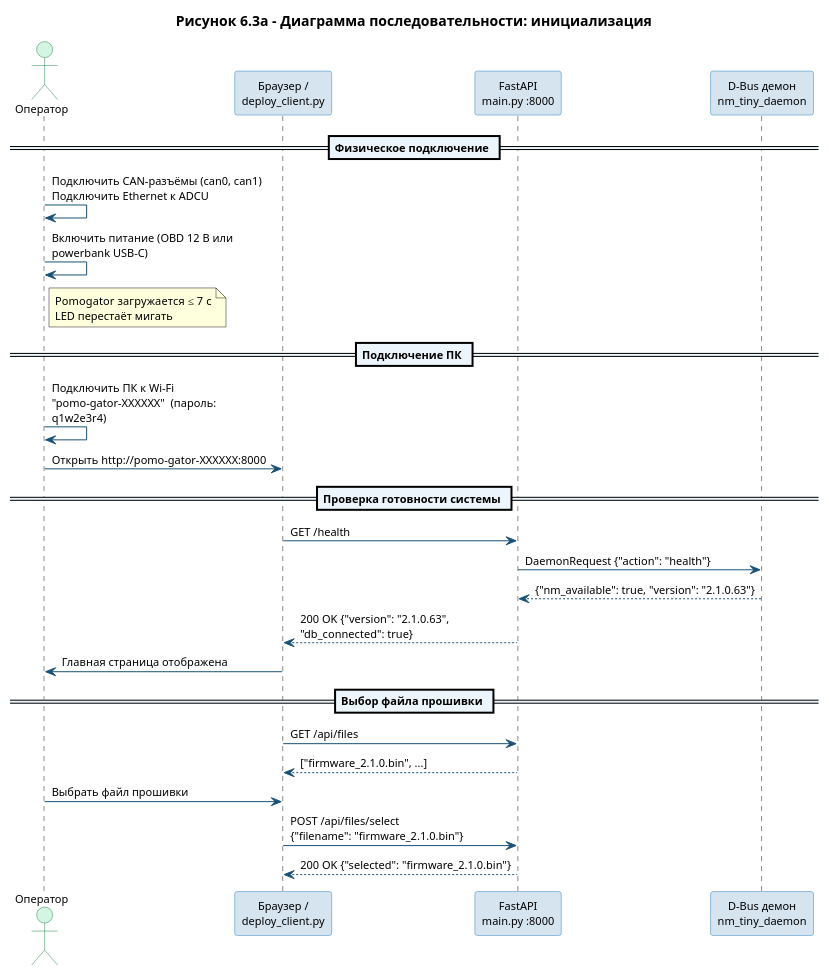
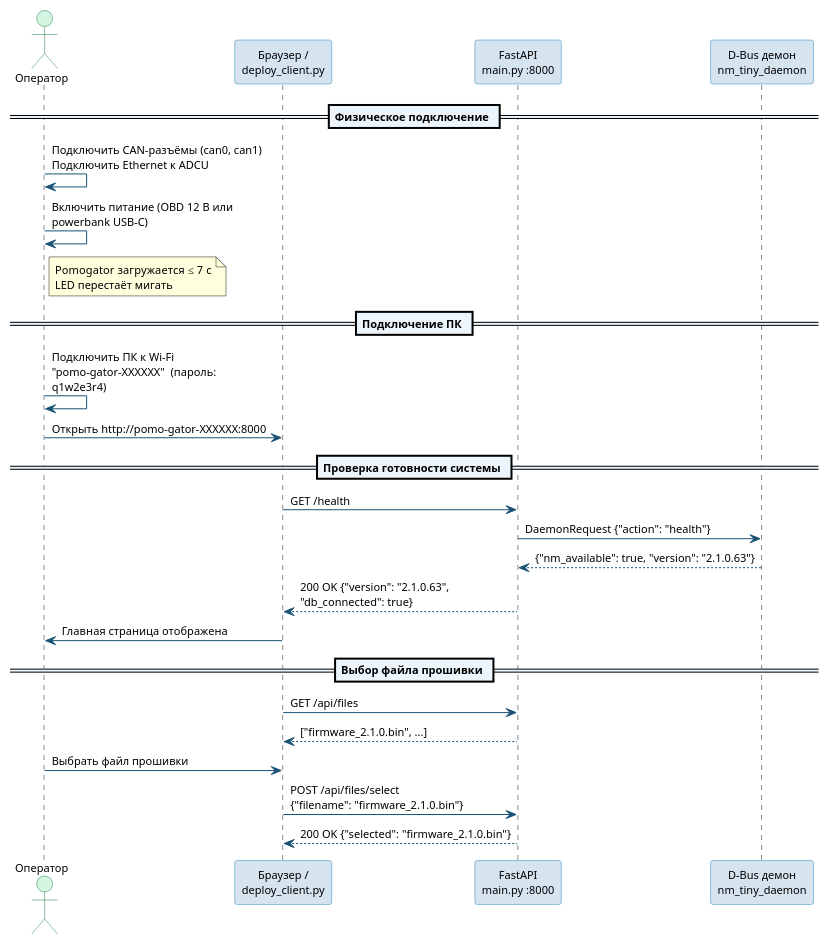
The diagram in 05a_init.md (hc7/vkr1), drawn with PlantUML before and after one commit.

````diff
--- a/05a_init.md
+++ b/05a_init.md
@@ -1,56 +1,55 @@
 ```plantuml
 @startuml 05a_init
 skinparam backgroundColor #FFFFFF
 skinparam sequence {
   ParticipantBackgroundColor #D6E4F0
   ParticipantBorderColor #2E86C1
   ActorBackgroundColor #D5F5E3
   ActorBorderColor #1E8449
   ArrowColor #1a5276
   GroupBorderColor #7FB3D3
   GroupBodyBackgroundColor #EBF5FB
   DividerBackgroundColor #EBF5FB
   NoteBackgroundColor #FEF9E7
   NoteBorderColor #D4AC0D
   DatabaseBackgroundColor #D5F5E3
   DatabaseBorderColor #27AE60
 }
 skinparam fontName Arial
 skinparam defaultFontSize 11
 skinparam maxMessageSize 220
 
-title Рисунок 6.3а – Диаграмма последовательности: инициализация
 
 actor "Оператор" as OP
 participant "Браузер /\ndeploy_client.py" as CLI
 participant "FastAPI\nmain.py :8000" as API
 participant "D-Bus демон\nnm_tiny_daemon" as DM
 
 == Физическое подключение ==
 OP -> OP : Подключить CAN-разъёмы (can0, can1)\nПодключить Ethernet к ADCU
 OP -> OP : Включить питание (OBD 12 В или powerbank USB-C)
 note right of OP
   Pomogator загружается ≤ 7 с
   LED перестаёт мигать
 end note
 
 == Подключение ПК ==
 OP -> OP : Подключить ПК к Wi-Fi\n"pomo-gator-XXXXXX"  (пароль: q1w2e3r4)
 OP -> CLI : Открыть http://pomo-gator-XXXXXX:8000
 
 == Проверка готовности системы ==
 CLI -> API : GET /health
 API -> DM : DaemonRequest {"action": "health"}
 DM --> API : {"nm_available": true, "version": "2.1.0.63"}
 API --> CLI : 200 OK {"version": "2.1.0.63", "db_connected": true}
 CLI -> OP : Главная страница отображена
 
 == Выбор файла прошивки ==
 CLI -> API : GET /api/files
 API --> CLI : ["firmware_2.1.0.bin", ...]
 OP -> CLI : Выбрать файл прошивки
 CLI -> API : POST /api/files/select\n{"filename": "firmware_2.1.0.bin"}
 API --> CLI : 200 OK {"selected": "firmware_2.1.0.bin"}
 
 @enduml
 ```
````
